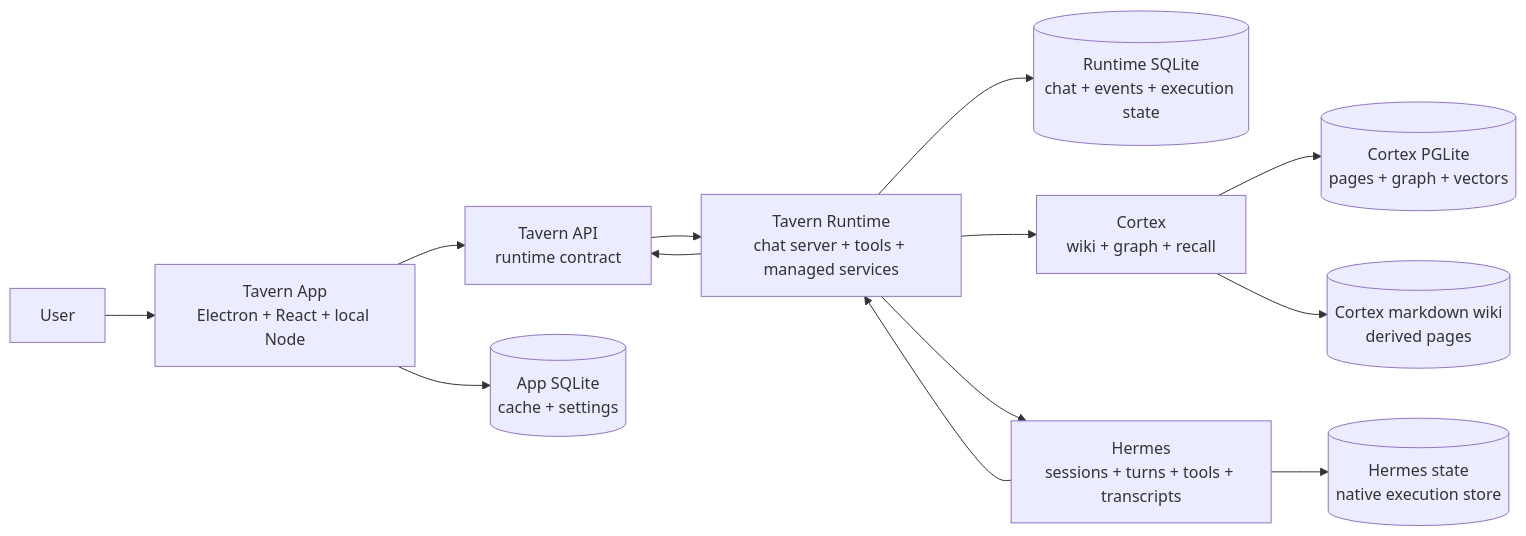
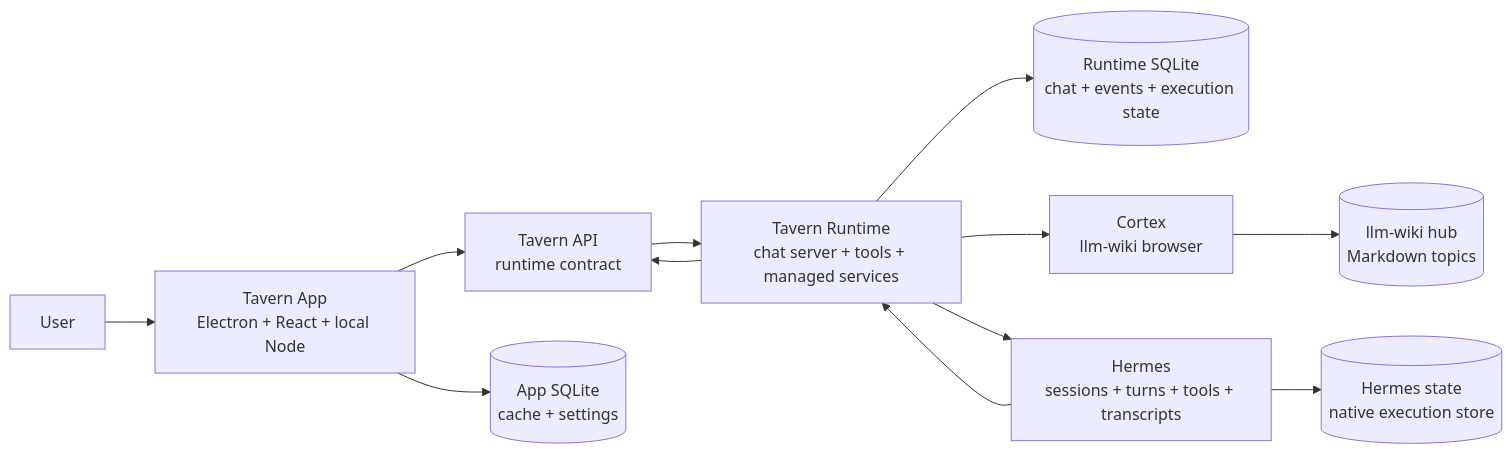
One commit to zknicker/tavern changed the diagram in docs/internals/architecture-overview.md. Above: the diagram before and after it, drawn with Mermaid. The commit also changed other lines of this file and 164 other files, not shown here.

Commit message:
feat: replace Cortex with llm-wiki hub

````diff
--- a/docs/internals/architecture-overview.md
+++ b/docs/internals/architecture-overview.md
@@ -15,27 +15,25 @@
 ```mermaid
 flowchart LR
     user[User]
     app[Tavern App<br/>Electron + React + local Node]
     api[Tavern API<br/>runtime contract]
     appdb[(App SQLite<br/>cache + settings)]
     runtime[Tavern Runtime<br/>chat server + tools + managed services]
     runtimedb[(Runtime SQLite<br/>chat + events + execution state)]
-    cortexdb[(Cortex PGLite<br/>pages + graph + vectors)]
-    cortex[Cortex<br/>wiki + graph + recall]
-    cortexwiki[(Cortex markdown wiki<br/>derived pages)]
+    cortex[Cortex<br/>llm-wiki browser]
+    cortexwiki[(llm-wiki hub<br/>Markdown topics)]
     hermes[Hermes<br/>sessions + turns + tools + transcripts]
     hermesstate[(Hermes state<br/>native execution store)]
 
     user --> app
     app --> api
     api --> runtime
     app --> appdb
     runtime --> runtimedb
     runtime --> cortex
-    cortex --> cortexdb
     cortex --> cortexwiki
     runtime --> hermes
     hermes --> hermesstate
     hermes --> runtime
     runtime --> api
 ```
````
